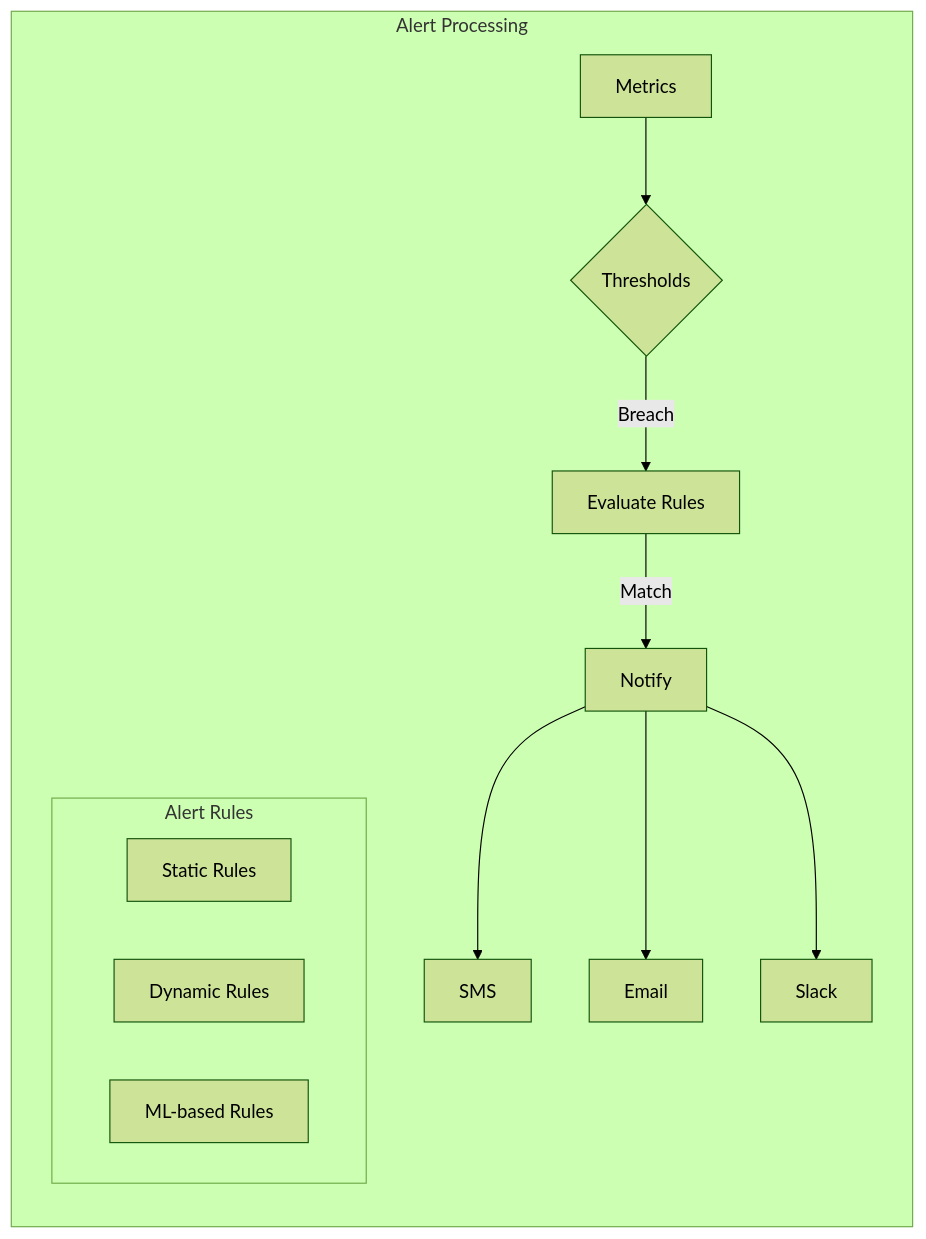
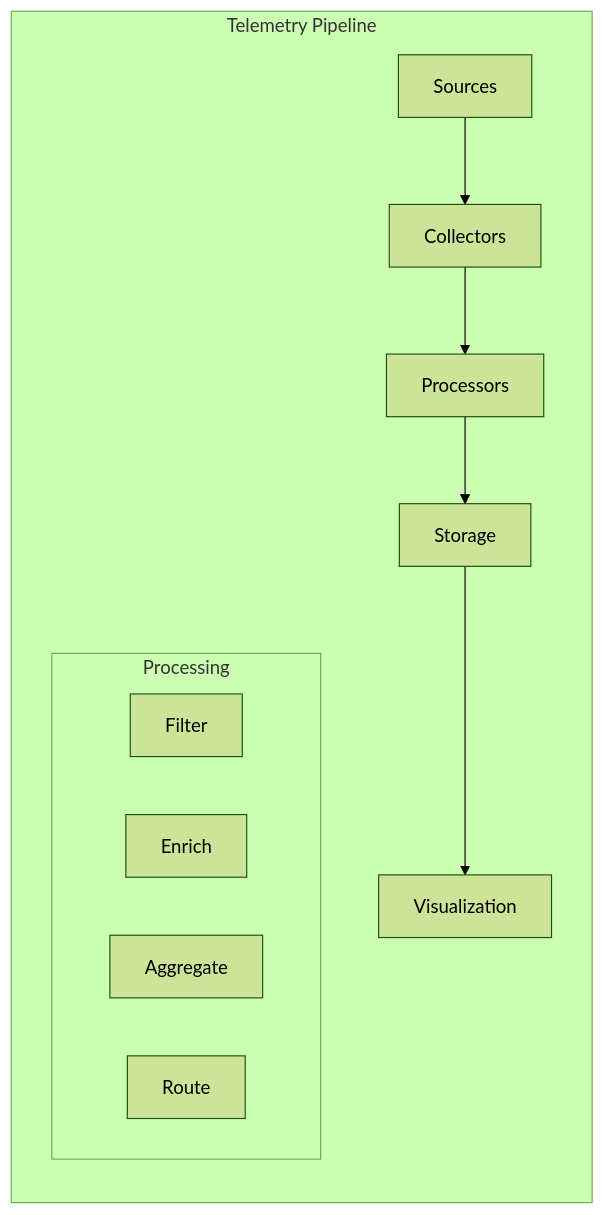
Before and after one commit to saravanakumarrc/Architecture_Journey: the third of 4 diagrams in src/Monitoring_and_Observability_Patterns.md, drawn with Mermaid (forest theme). The commit also changed other lines of this file and 6 other files, not shown here.

First line of the commit message:
Refactor observability documentation: streamline sections, enhance clarity, and update diagrams for better understanding of monitoring components and patterns.

````diff
--- a/src/Monitoring_and_Observability_Patterns.md
+++ b/src/Monitoring_and_Observability_Patterns.md
@@ -113,19 +52,16 @@
 ```mermaid
-flowchart TB
-    subgraph "Alert Processing"
-        direction TB
+graph LR
+    subgraph "Telemetry Pipeline"
+        S[Sources] --> C[Collectors]
+        C --> P[Processors]
+        P --> ST[Storage]
+        ST --> V[Visualization]
         
-        M[Metrics] --> T{Thresholds}
-        T -->|Breach| E[Evaluate Rules]
-        E -->|Match| N[Notify]
-        N --> S[SMS]
-        N --> Em[Email]
-        N --> Sl[Slack]
-        
-        subgraph "Alert Rules"
-            R1[Static Rules]
-            R2[Dynamic Rules]
-            R3[ML-based Rules]
+        subgraph "Processing"
+            F[Filter]
+            E[Enrich]
+            A[Aggregate]
+            R[Route]
         end
     end
 ```
````
